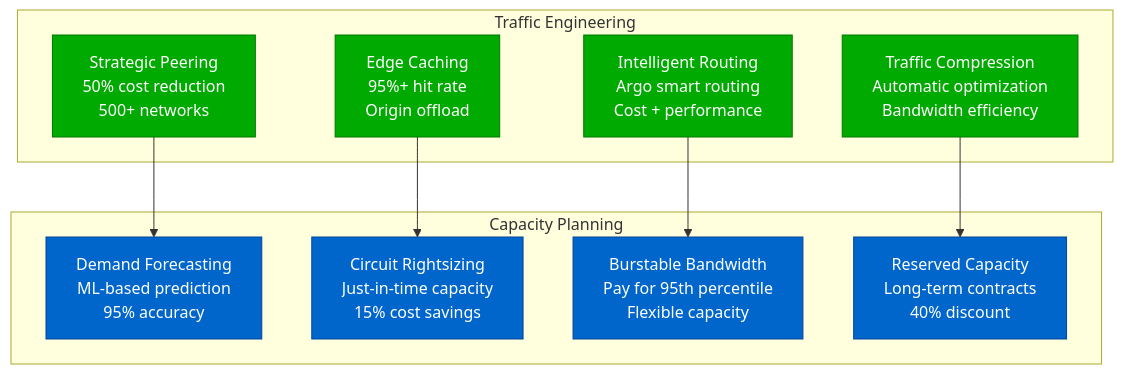
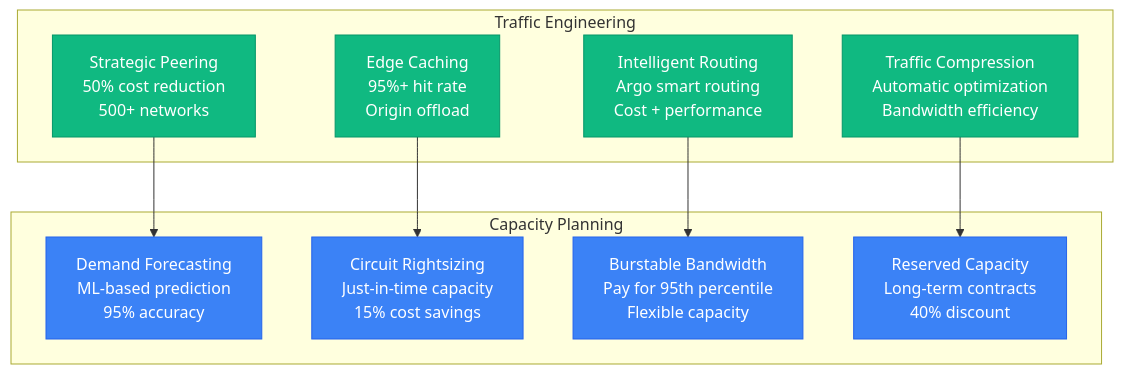
Before and after one commit to deepaucksharma/DS: the sixth of 8 diagrams in site/docs/systems/cloudflare/cost-breakdown.md, drawn with Mermaid. The commit also changed other lines of this file and 303 other files, not shown here.

````diff
--- a/site/docs/systems/cloudflare/cost-breakdown.md
+++ b/site/docs/systems/cloudflare/cost-breakdown.md
@@ -274,29 +274,29 @@
 ```mermaid
 graph TB
     subgraph "Traffic Engineering"
         PEERING[Strategic Peering<br/>50% cost reduction<br/>500+ networks]
         CACHING[Edge Caching<br/>95%+ hit rate<br/>Origin offload]
         ROUTING[Intelligent Routing<br/>Argo smart routing<br/>Cost + performance]
         COMPRESSION_NET[Traffic Compression<br/>Automatic optimization<br/>Bandwidth efficiency]
     end
 
     subgraph "Capacity Planning"
         FORECASTING[Demand Forecasting<br/>ML-based prediction<br/>95% accuracy]
         RIGHTSIZING[Circuit Rightsizing<br/>Just-in-time capacity<br/>15% cost savings]
         BURSTABLE[Burstable Bandwidth<br/>Pay for 95th percentile<br/>Flexible capacity]
         RESERVED[Reserved Capacity<br/>Long-term contracts<br/>40% discount]
     end
 
     %% Connections
     PEERING --> FORECASTING
     CACHING --> RIGHTSIZING
     ROUTING --> BURSTABLE
     COMPRESSION_NET --> RESERVED
 
     %% Apply cost management colors
-    classDef optimizationStyle fill:#00AA00,stroke:#007700,color:#fff
-    classDef planningStyle fill:#0066CC,stroke:#004499,color:#fff
+    classDef optimizationStyle fill:#10B981,stroke:#059669,color:#fff
+    classDef planningStyle fill:#3B82F6,stroke:#2563EB,color:#fff
 
     class PEERING,CACHING,ROUTING,COMPRESSION_NET optimizationStyle
     class FORECASTING,RIGHTSIZING,BURSTABLE,RESERVED planningStyle
 ```
````
